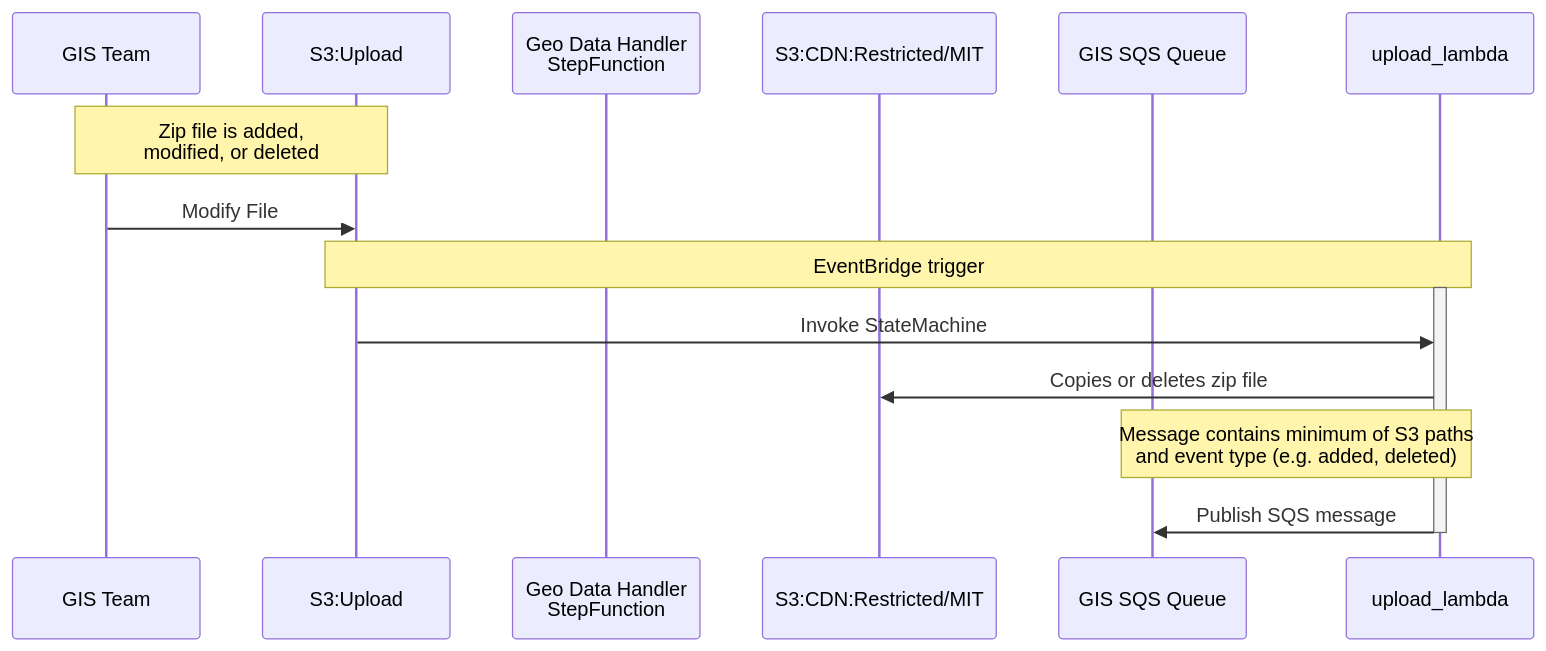
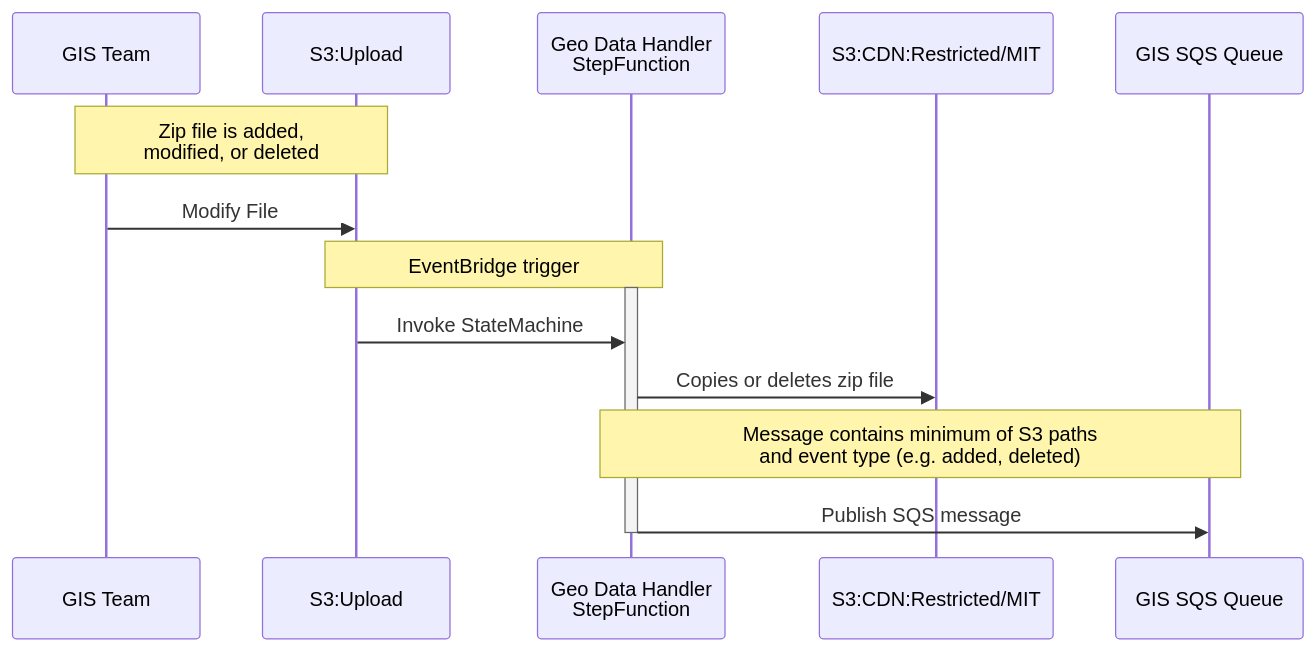
The first of 3 diagrams in docs/mit_harvests.md (MITLibraries/geo-harvester), drawn with Mermaid before and after one commit.

Commit message:
updating from lambda to StepFunction for GIS team

````diff
--- a/docs/mit_harvests.md
+++ b/docs/mit_harvests.md
@@ -6,18 +6,18 @@
 ```mermaid
 sequenceDiagram
     participant gis_team as GIS Team
     participant s3_upload as S3:Upload
     participant geo_data_sf as Geo Data Handler <br> StepFunction
     participant s3_cdn_rest as S3:CDN:Restricted/MIT
     participant sqs_queue as GIS SQS Queue
     
     Note over gis_team, s3_upload: Zip file is added, <br>modified, or deleted
     gis_team->>s3_upload: Modify File
-    Note over s3_upload, upload_lambda: EventBridge trigger
-    activate upload_lambda
-    s3_upload->>upload_lambda: Invoke StateMachine
-    upload_lambda->>s3_cdn_rest: Copies or deletes zip file
-    Note over upload_lambda,sqs_queue: Message contains minimum of S3 paths <br> and event type (e.g. added, deleted) 
-    upload_lambda->>sqs_queue: Publish SQS message
-    deactivate upload_lambda
+    Note over s3_upload, geo_data_sf: EventBridge trigger
+    activate geo_data_sf
+    s3_upload->>geo_data_sf: Invoke StateMachine
+    geo_data_sf->>s3_cdn_rest: Copies or deletes zip file
+    Note over geo_data_sf,sqs_queue: Message contains minimum of S3 paths <br> and event type (e.g. added, deleted) 
+    geo_data_sf->>sqs_queue: Publish SQS message
+    deactivate geo_data_sf
 ```
````
